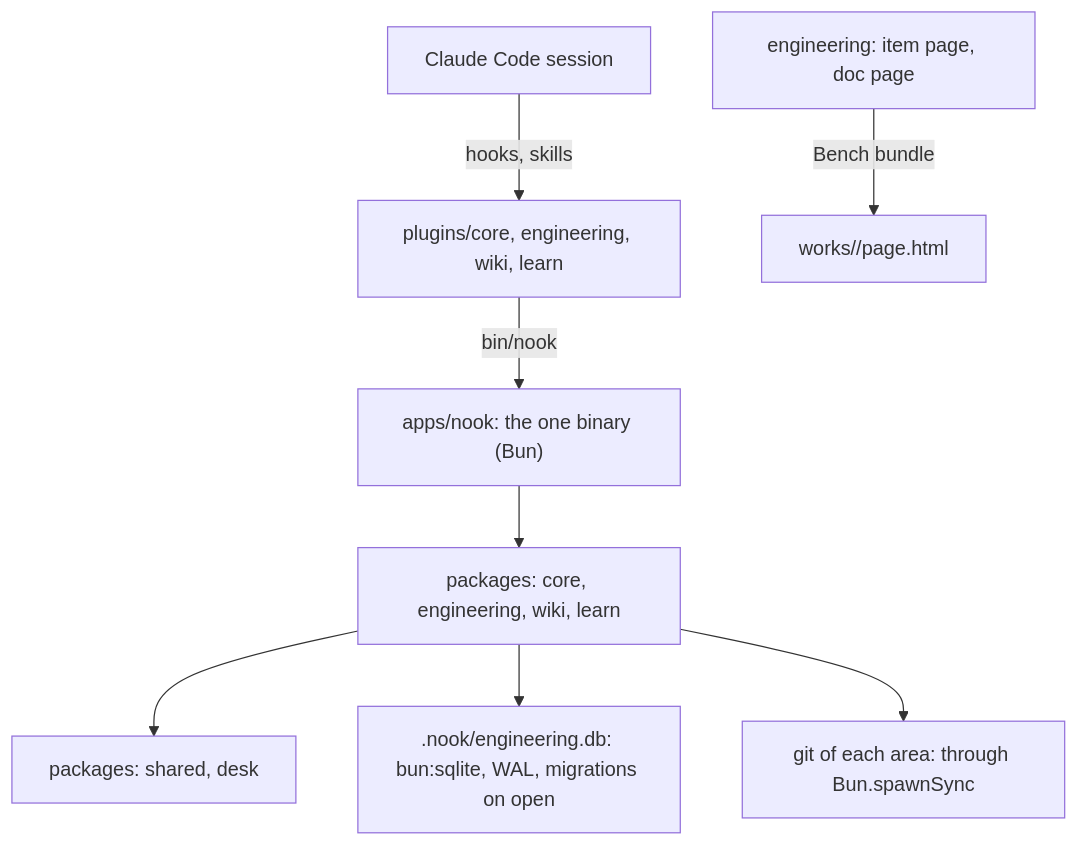
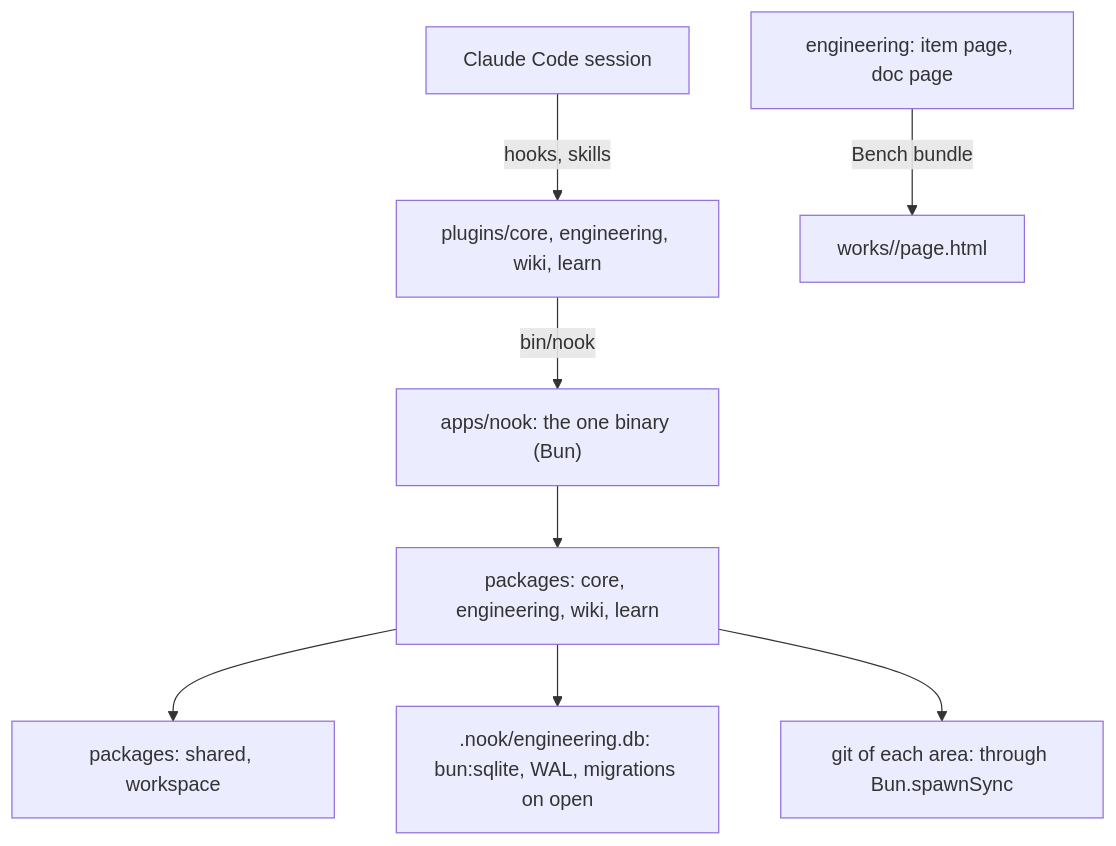
The first of 3 diagrams in docs/plan/v0.3.md (lamtran8401/nook), drawn with Mermaid before and after one commit. The commit also changed other lines of this file and 259 other files, not shown here.

First line of the commit message:
R3: a desk is a workspace

````diff
--- a/docs/plan/v0.3.md
+++ b/docs/plan/v0.3.md
@@ -9,10 +9,10 @@
 ```mermaid
 flowchart TB
   cc["Claude Code session"] -->|"hooks, skills"| plugins["plugins/core, engineering, wiki, learn"]
   plugins -->|"bin/nook"| app["apps/nook: the one binary (Bun)"]
   app --> packs["packages: core, engineering, wiki, learn"]
-  packs --> base["packages: shared, desk"]
+  packs --> base["packages: shared, workspace"]
   packs --> ledger[".nook/engineering.db: bun:sqlite, WAL, migrations on open"]
   packs --> git["git of each area: through Bun.spawnSync"]
   eng["engineering: item page, doc page"] -->|"Bench bundle"| html["works/<id>/page.html"]
 ```
````
